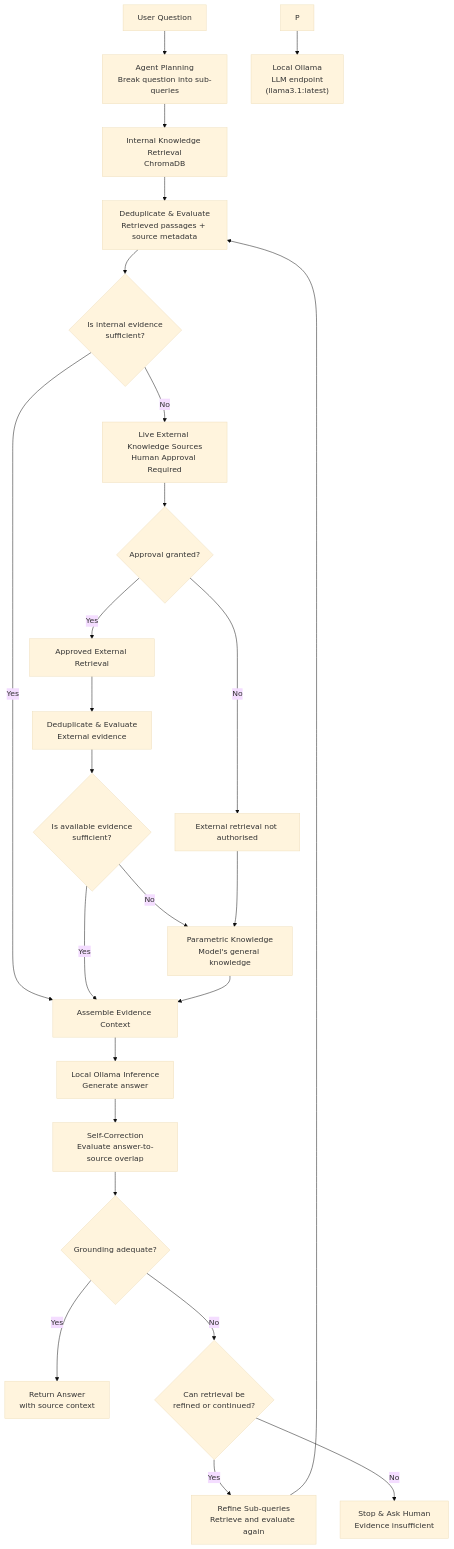
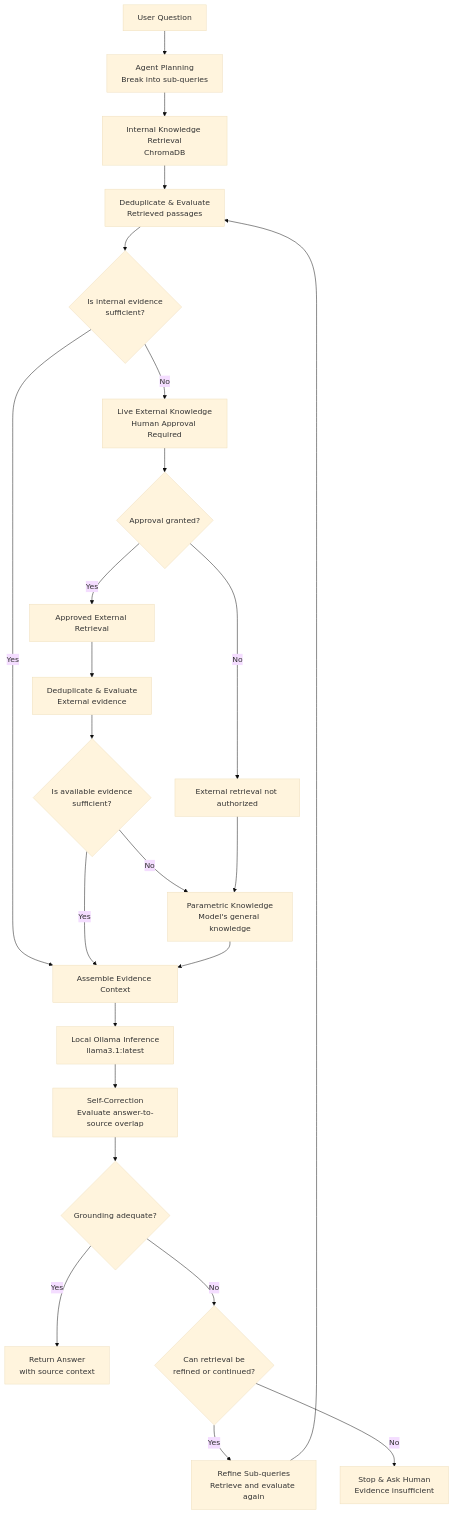
One commit to panxiaoyan225-sudo/Agentic_RAG_Pipeline changed the first of 2 diagrams in README.MD. Above: the diagram before and after it, drawn with Mermaid (base theme).

Commit message:
How the Agent Is Instructed & Governed

````diff
--- a/README.MD
+++ b/README.MD
@@ -9,34 +9,33 @@
 ```mermaid
 flowchart TD
-    UQ["User Question"] --> AP["Agent Planning<br>Break question into sub-queries"]
+    UQ["User Question"] --> AP["Agent Planning<br>Break into sub-queries"]
     AP --> IK["Internal Knowledge Retrieval<br>ChromaDB"]
-    IK --> DE["Deduplicate & Evaluate<br>Retrieved passages + source metadata"]
+    IK --> DE["Deduplicate & Evaluate<br>Retrieved passages"]
     DE --> Q1{"Is internal evidence<br>sufficient?"}
 
     Q1 -- "Yes" --> AC["Assemble Evidence Context"]
-    Q1 -- "No" --> EK["Live External Knowledge Sources<br>Human Approval Required"]
+    Q1 -- "No" --> EK["Live External Knowledge<br>Human Approval Required"]
 
     EK --> APP{"Approval granted?"}
     APP -- "Yes" --> AER["Approved External Retrieval"]
-    APP -- "No" --> ENA["External retrieval not authorised"]
+    APP -- "No" --> ENA["External retrieval not authorized"]
 
     AER --> DEE["Deduplicate & Evaluate<br>External evidence"]
     DEE --> Q2{"Is available evidence<br>sufficient?"}
 
     Q2 -- "Yes" --> AC
     Q2 -- "No" --> PK["Parametric Knowledge<br>Model's general knowledge"]
     ENA --> PK
     PK --> AC
 
-    AC --> OI["Local Ollama Inference<br>Generate answer"]
+    AC --> OI["Local Ollama Inference<br>llama3.1:latest"]
     OI --> SC["Self-Correction<br>Evaluate answer-to-source overlap"]
     SC --> Q3{"Grounding adequate?"}
 
     Q3 -- "Yes" --> RA["Return Answer<br>with source context"]
     Q3 -- "No" --> Q4{"Can retrieval be<br>refined or continued?"}
 
     Q4 -- "Yes" --> RQ["Refine Sub-queries<br>Retrieve and evaluate again"]
     RQ --> DE
     Q4 -- "No" --> ST["Stop & Ask Human<br>Evidence insufficient"]
-    P --> LLM["Local Ollama<br>LLM endpoint<br>(llama3.1:latest)"]
 ```
````
